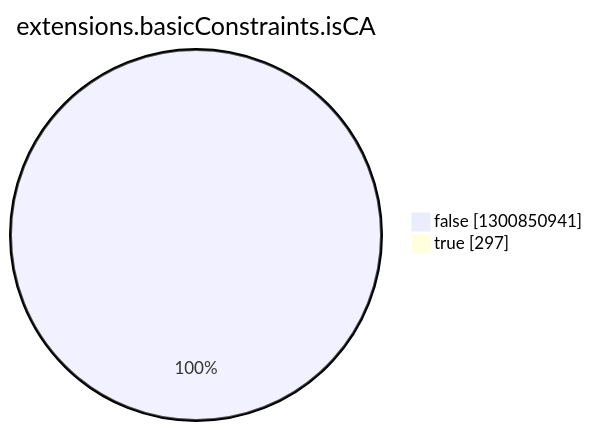
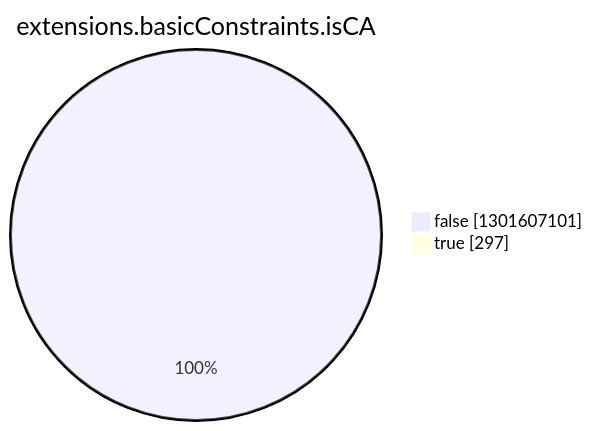
The eighth of 15 diagrams in argon2022/README.md (christiankrug/ctmonitor_visualization), drawn with Mermaid before and after one commit. The commit also changed other lines of this file, not shown here.

````diff
--- a/argon2022/README.md
+++ b/argon2022/README.md
@@ -2757,6 +2757,6 @@
 ```mermaid
 pie showData
 title extensions.basicConstraints.isCA
-"false" :1300850941
+"false" :1301607101
 "true" :297
 ```
````
